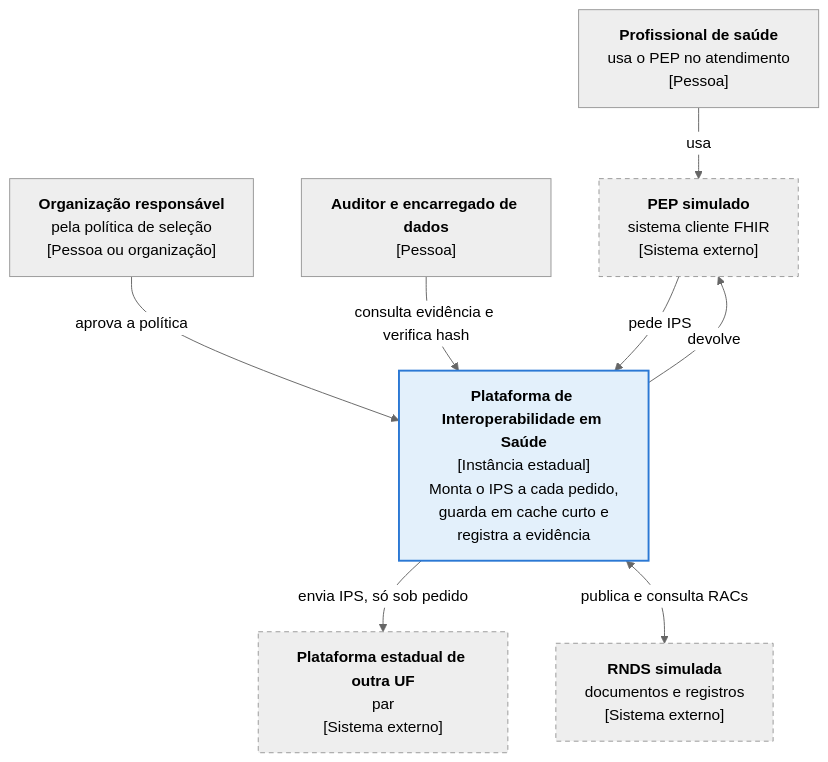
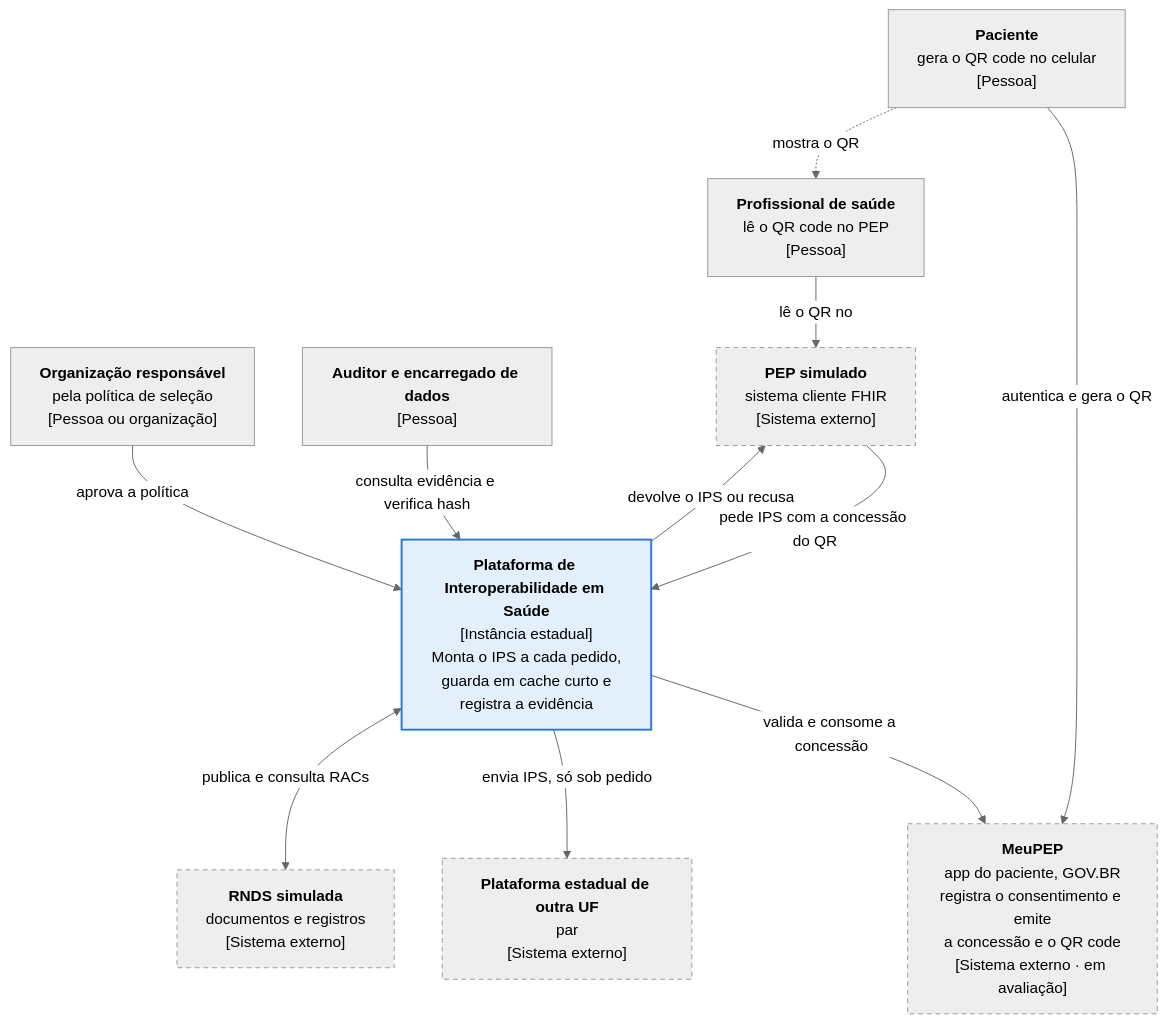
Before and after one commit to kyriosdata/design-2026-02: the first of 6 diagrams in docs/diagramas-c4-ips.md, drawn with Mermaid (neutral theme). The commit also changed other lines of this file and 1 other file, not shown here.

First line of the commit message:
docs(ips): pedido do IPS via QR code do paciente

````diff
--- a/docs/diagramas-c4-ips.md
+++ b/docs/diagramas-c4-ips.md
@@ -7,23 +7,28 @@
 ```mermaid
 flowchart TB
-    prof["<b>Profissional de saúde</b><br/>usa o PEP no atendimento<br/>[Pessoa]"]
+    pac["<b>Paciente</b><br/>gera o QR code no celular<br/>[Pessoa]"]
+    meupep["<b>MeuPEP</b><br/>app do paciente, GOV.BR<br/>registra o consentimento e emite<br/>a concessão e o QR code<br/>[Sistema externo · em avaliação]"]
+    prof["<b>Profissional de saúde</b><br/>lê o QR code no PEP<br/>[Pessoa]"]
     org["<b>Organização responsável</b><br/>pela política de seleção<br/>[Pessoa ou organização]"]
     aud["<b>Auditor e encarregado de dados</b><br/>[Pessoa]"]
     pep["<b>PEP simulado</b><br/>sistema cliente FHIR<br/>[Sistema externo]"]
     plat["<b>Plataforma de Interoperabilidade em Saúde</b><br/>[Instância estadual]<br/>Monta o IPS a cada pedido,<br/>guarda em cache curto e<br/>registra a evidência"]
     uf["<b>Plataforma estadual de outra UF</b><br/>par<br/>[Sistema externo]"]
     rnds["<b>RNDS simulada</b><br/>documentos e registros<br/>[Sistema externo]"]
 
-    prof -->|"usa"| pep
-    pep -->|"pede IPS"| plat
-    plat -->|"devolve"| pep
+    pac -->|"autentica e gera o QR"| meupep
+    pac -.->|"mostra o QR"| prof
+    prof -->|"lê o QR no"| pep
+    pep -->|"pede IPS com a concessão do QR"| plat
+    plat -->|"valida e consome a concessão"| meupep
+    plat -->|"devolve o IPS ou recusa"| pep
     org -->|"aprova a política"| plat
     aud -->|"consulta evidência e verifica hash"| plat
     plat -->|"envia IPS, só sob pedido"| uf
     plat <-->|"publica e consulta RACs"| rnds
 
     classDef foco fill:#e3f0fb,stroke:#2b78d4,stroke-width:2px
     classDef ext stroke-dasharray:5 4
     class plat foco
-    class pep,uf,rnds ext
+    class pep,uf,rnds,meupep ext
 ```
````
